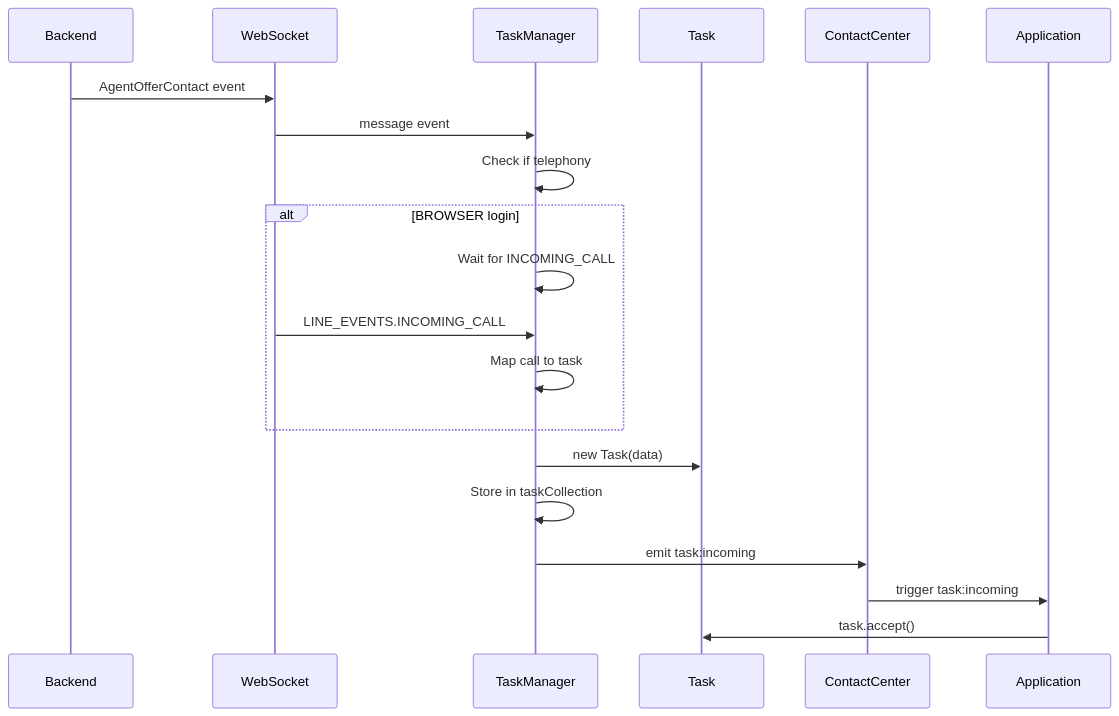
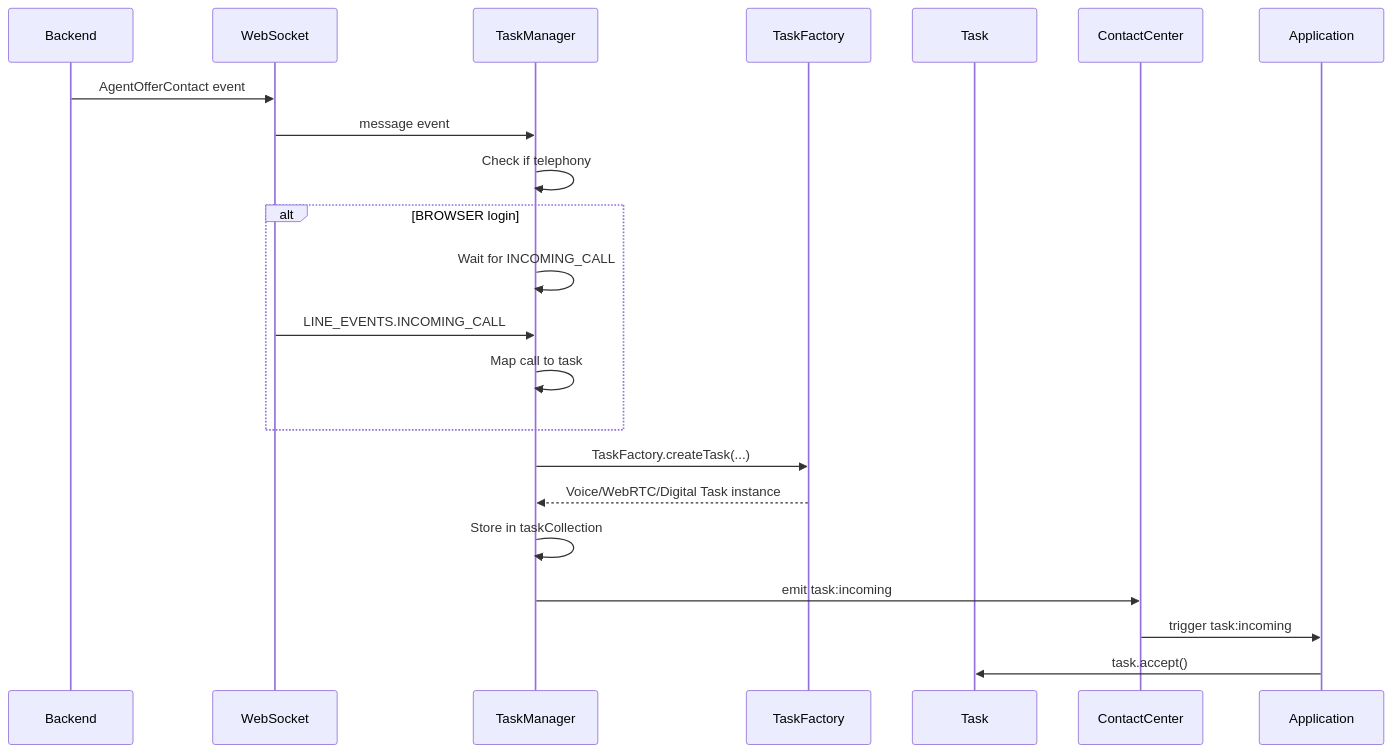
The second of 4 diagrams in packages/@webex/contact-center/src/services/task/ai-docs/ARCHITECTURE.md (webex/webex-js-sdk), drawn with Mermaid before and after one commit. The commit also changed other lines of this file and 32 other files, not shown here.

````diff
--- a/packages/@webex/contact-center/src/services/task/ai-docs/ARCHITECTURE.md
+++ b/packages/@webex/contact-center/src/services/task/ai-docs/ARCHITECTURE.md
@@ -305,23 +307,25 @@
 ```mermaid
 sequenceDiagram
     participant BE as Backend
     participant WS as WebSocket
     participant TM as TaskManager
+    participant TF as TaskFactory
     participant T as Task
     participant CC as ContactCenter
     participant App as Application
 
     BE->>WS: AgentOfferContact event
     WS->>TM: message event
     TM->>TM: Check if telephony
     alt BROWSER login
         TM->>TM: Wait for INCOMING_CALL
         WS->>TM: LINE_EVENTS.INCOMING_CALL
         TM->>TM: Map call to task
     end
-    TM->>T: new Task(data)
+    TM->>TF: TaskFactory.createTask(...)
+    TF-->>TM: Voice/WebRTC/Digital Task instance
     TM->>TM: Store in taskCollection
     TM->>CC: emit task:incoming
     CC->>App: trigger task:incoming
     App->>T: task.accept()
 ```
````
